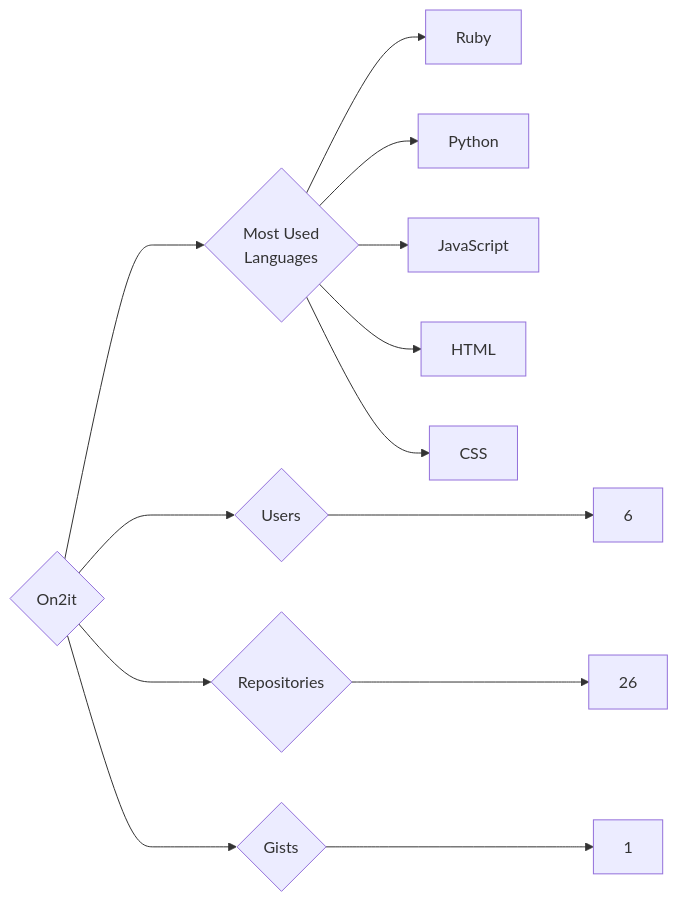
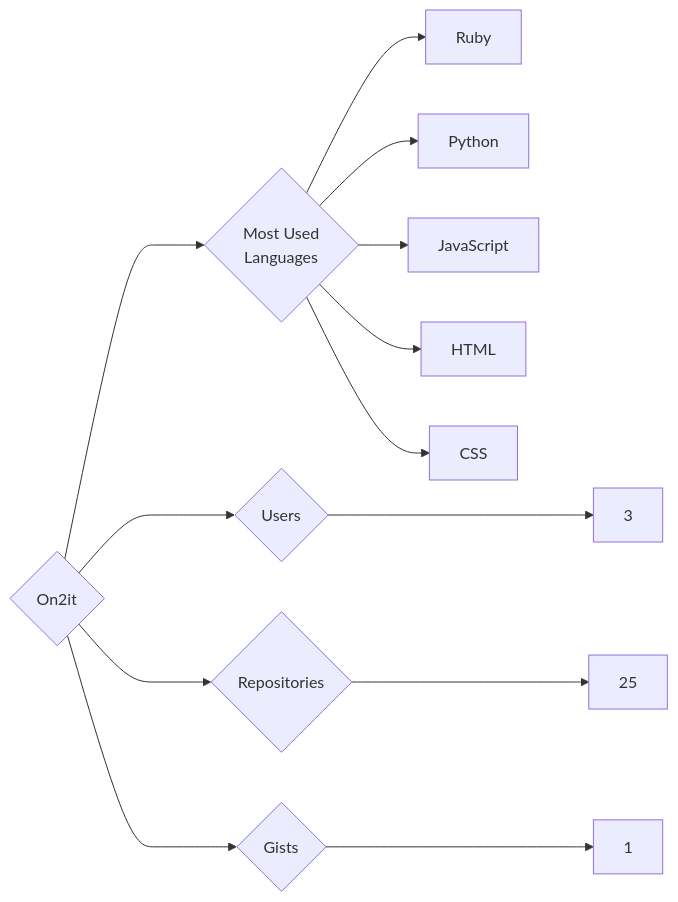
One commit to trickest/insiders changed the diagram in targets/On2it/README.md. Above: the diagram before and after it, drawn with Mermaid. The commit also changed 920 other files, not shown here.

````diff
--- a/targets/On2it/README.md
+++ b/targets/On2it/README.md
@@ -3,13 +3,13 @@
 ```mermaid
 graph LR
 COMPANY_NAME{On2it}
-COMPANY_NAME ---> U{Users} ---> UN[6]
-COMPANY_NAME ---> R{Repositories} ---> RN[26]
+COMPANY_NAME ---> U{Users} ---> UN[3]
+COMPANY_NAME ---> R{Repositories} ---> RN[25]
 COMPANY_NAME ---> G{Gists} ---> GN[1]
 COMPANY_NAME ---> ML{Most Used<br>Languages}
 ML --> Ruby[Ruby]
 ML --> Python[Python]
 ML --> JavaScript[JavaScript]
 ML --> HTML[HTML]
 ML --> CSS[CSS]
 ```
````
